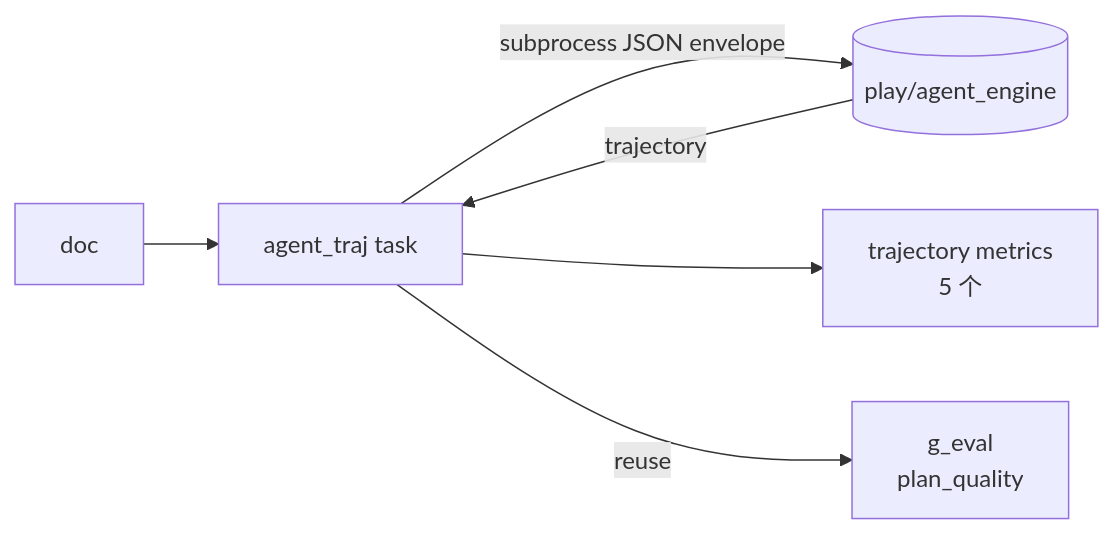
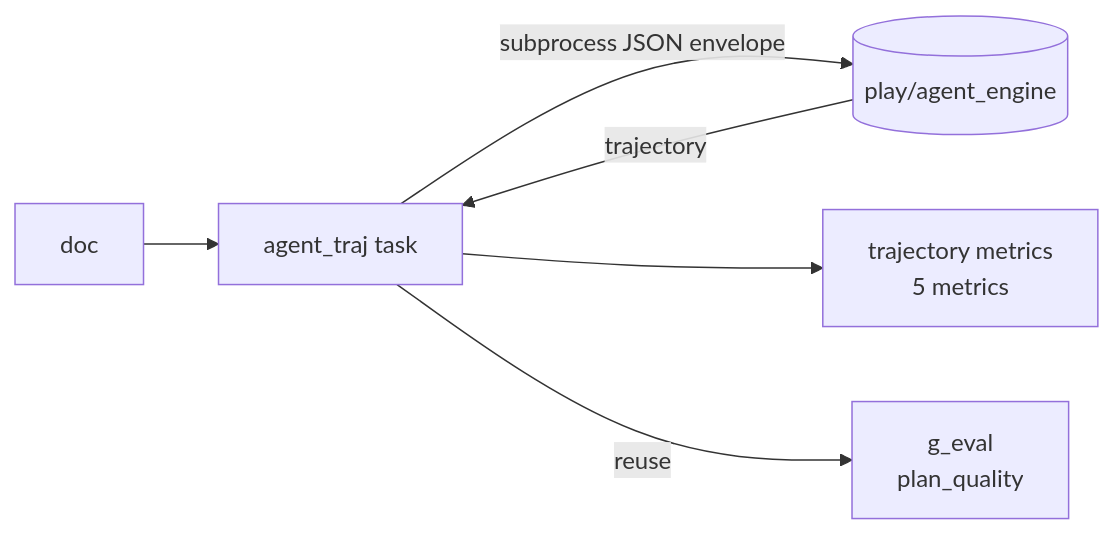
One commit to AndyUneducated/alchemy changed the fourth of 8 diagrams in play/evals/JOURNAL.md. Above: the diagram before and after it, drawn with Mermaid. The commit also changed other lines of this file and 197 other files, not shown here.

````diff
--- a/play/evals/JOURNAL.md
+++ b/play/evals/JOURNAL.md
@@ -163,8 +163,8 @@
 ```mermaid
 flowchart LR
     D[doc] --> AT[agent_traj task]
     AT -->|subprocess JSON envelope| AE[(play/agent_engine)]
     AE -->|trajectory| AT
-    AT --> TM[trajectory metrics<br/>5 个]
+    AT --> TM[trajectory metrics<br/>5 metrics]
     AT -->|reuse| GE[g_eval<br/>plan_quality]
 ```
````
